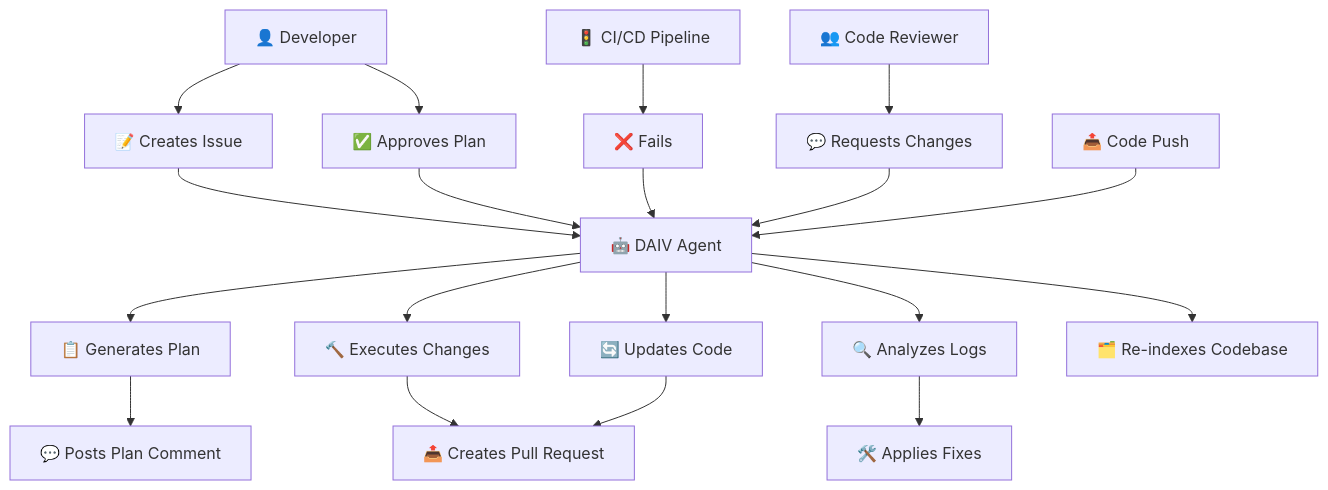
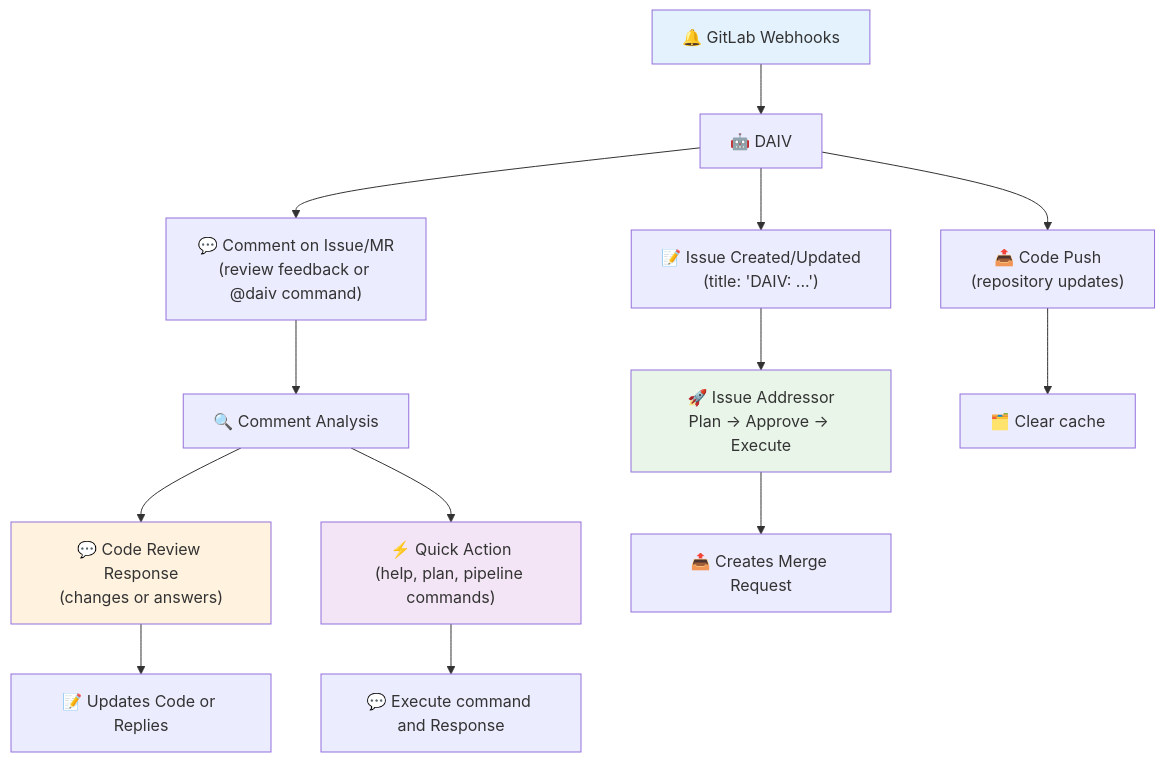
The diagram in docs/index.md (srtab/daiv), drawn with Mermaid before and after one commit. The commit also changed other lines of this file and 238 other files, not shown here.

````diff
--- a/docs/index.md
+++ b/docs/index.md
@@ -29,25 +29,24 @@
 ```mermaid
 graph TD
-    A["👤 Developer"] --> B["📝 Creates Issue"]
-    B --> C["🤖 DAIV Agent"]
-    C --> D["📋 Generates Plan"]
-    D --> E["💬 Posts Plan Comment"]
+    A["🔔 GitLab Webhooks"] --> B["🤖 DAIV"]
 
-    A --> F["✅ Approves Plan"]
-    F --> C
-    C --> G["🔨 Executes Changes"]
-    G --> H["📤 Creates Pull Request"]
+    B --> C["📝 Issue Created/Updated<br/>(title: 'DAIV: ...')"]
+    B --> D["💬 Comment on Issue/MR<br/>(review feedback or @daiv command)"]
+    B --> F["📤 Code Push<br/>(repository updates)"]
 
-    I["🚦 CI/CD Pipeline"] --> J["❌ Fails"]
-    J --> C
-    C --> K["🔍 Analyzes Logs"]
-    K --> L["🛠️ Applies Fixes"]
+    C --> G["🚀 Issue Addressor<br/>Plan → Approve → Execute"]
+    D --> H["🔍 Comment Analysis"]
+    F --> J["🗂️ Clear cache"]
 
-    M["👥 Code Reviewer"] --> N["💬 Requests Changes"]
-    N --> C
-    C --> O["🔄 Updates Code"]
-    O --> H
+    H --> K["💬 Code Review Response<br/>(changes or answers)"]
+    H --> L["⚡ Quick Action<br/>(help, plan, pipeline commands)"]
 
-    P["📤 Code Push"] --> C
-    C --> Q["🗂️ Re-indexes Codebase"]
+    G --> M["📤 Creates Merge Request"]
+    K --> N["📝 Updates Code or Replies"]
+    L --> P["💬 Execute command and Response"]
+
+    style A fill:#e3f2fd
+    style G fill:#e8f5e8
+    style K fill:#fff3e0
+    style L fill:#f3e5f5
 ```
````
